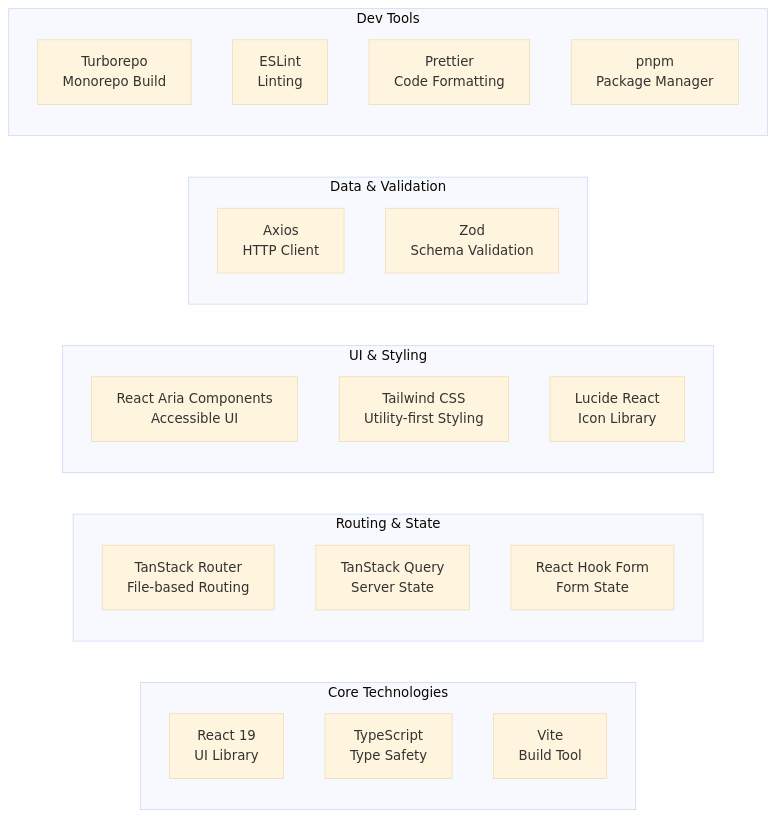
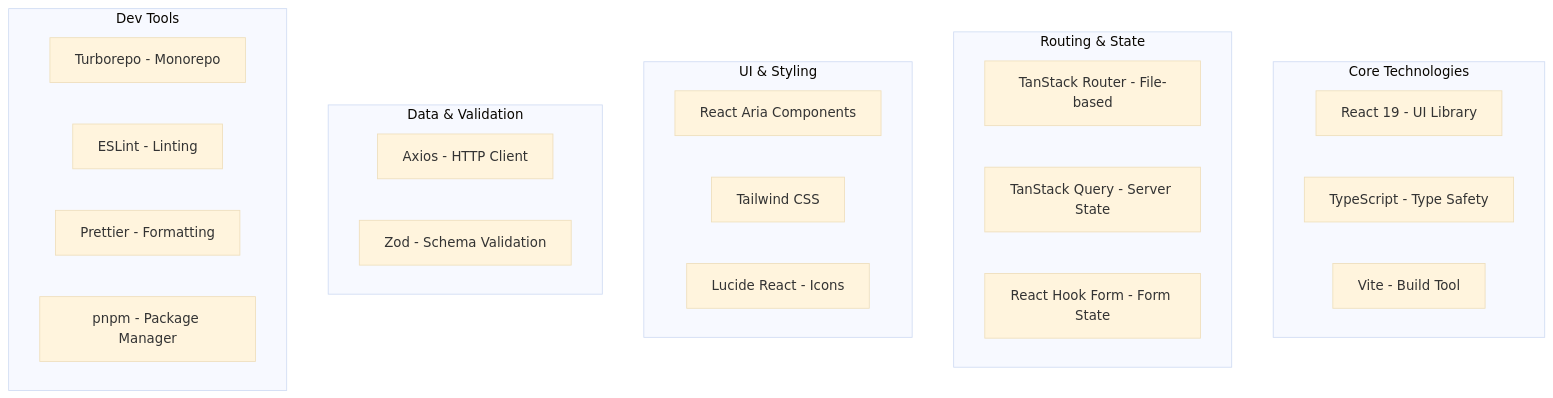
The sixth of 12 diagrams in ARCHITECTURE_OVERVIEW.md (devnguyen0111/cryoweb), drawn with Mermaid (base theme) before and after one commit. The commit also changed other lines of this file, not shown here.

Commit message:
Refactor architecture overview: update component descriptions in diagrams for clarity and consistency, enhancing readability of the application structure and technology stack.

````diff
--- a/ARCHITECTURE_OVERVIEW.md
+++ b/ARCHITECTURE_OVERVIEW.md
@@ -258,32 +258,32 @@
 ```mermaid
-graph LR
+graph TB
     subgraph "Core Technologies"
-        React[React 19<br/>UI Library]
-        TS[TypeScript<br/>Type Safety]
-        Vite[Vite<br/>Build Tool]
+        React["React 19 - UI Library"]
+        TS["TypeScript - Type Safety"]
+        Vite["Vite - Build Tool"]
     end
 
     subgraph "Routing & State"
-        Router[TanStack Router<br/>File-based Routing]
-        Query[TanStack Query<br/>Server State]
-        RHF[React Hook Form<br/>Form State]
+        Router["TanStack Router - File-based"]
+        Query["TanStack Query - Server State"]
+        RHF["React Hook Form - Form State"]
     end
 
     subgraph "UI & Styling"
-        RAC[React Aria Components<br/>Accessible UI]
-        Tailwind[Tailwind CSS<br/>Utility-first Styling]
-        Lucide[Lucide React<br/>Icon Library]
+        RAC["React Aria Components"]
+        Tailwind["Tailwind CSS"]
+        Lucide["Lucide React - Icons"]
     end
 
     subgraph "Data & Validation"
-        Axios[Axios<br/>HTTP Client]
-        Zod[Zod<br/>Schema Validation]
+        Axios["Axios - HTTP Client"]
+        Zod["Zod - Schema Validation"]
     end
 
     subgraph "Dev Tools"
-        Turbo[Turborepo<br/>Monorepo Build]
-        ESLint[ESLint<br/>Linting]
-        Prettier[Prettier<br/>Code Formatting]
-        pnpm[pnpm<br/>Package Manager]
+        Turbo["Turborepo - Monorepo"]
+        ESLint["ESLint - Linting"]
+        Prettier["Prettier - Formatting"]
+        pnpm["pnpm - Package Manager"]
     end
 ```
````
